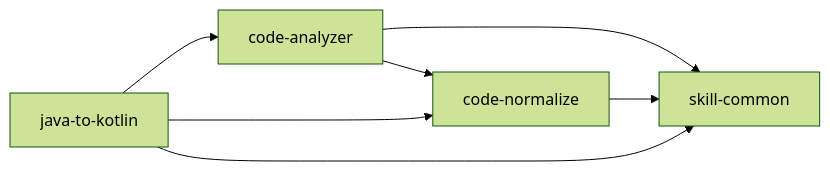
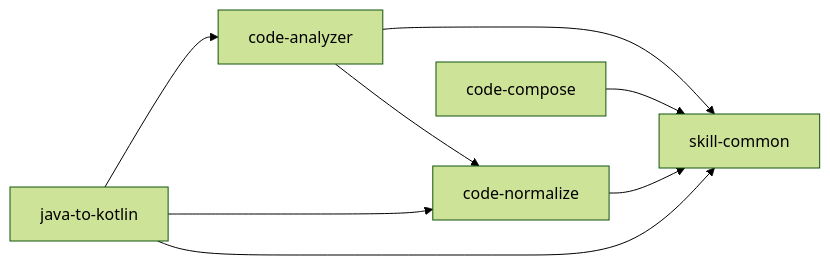
The diagram in SKILLS_CATALOG.md (xjxlx/skills), drawn with Mermaid (forest theme) before and after one commit. The commit also changed other lines of this file and 7 other files, not shown here.

````diff
--- a/SKILLS_CATALOG.md
+++ b/SKILLS_CATALOG.md
@@ -18,9 +19,10 @@
 ```mermaid
 graph LR
   code-analyzer --> code-normalize
   code-analyzer --> skill-common
+  code-compose --> skill-common
   code-normalize --> skill-common
   java-to-kotlin --> code-analyzer
   java-to-kotlin --> code-normalize
   java-to-kotlin --> skill-common
 ```
````
